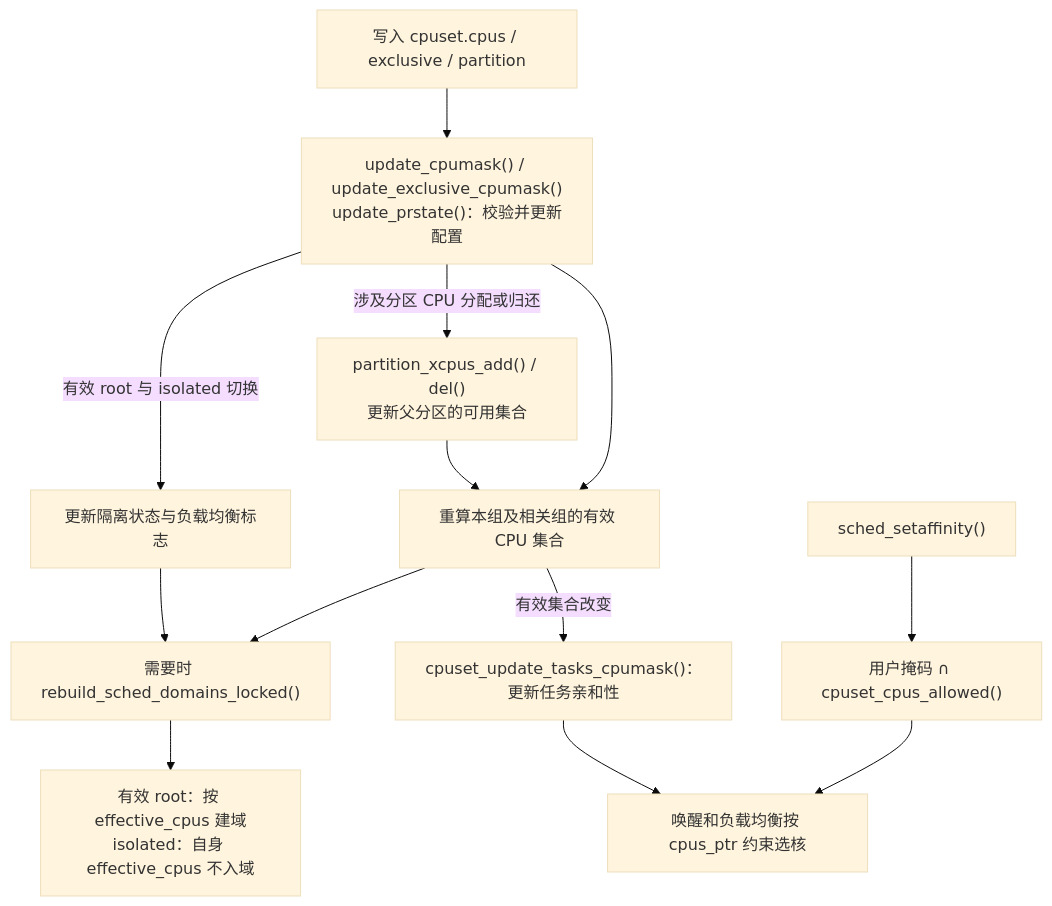
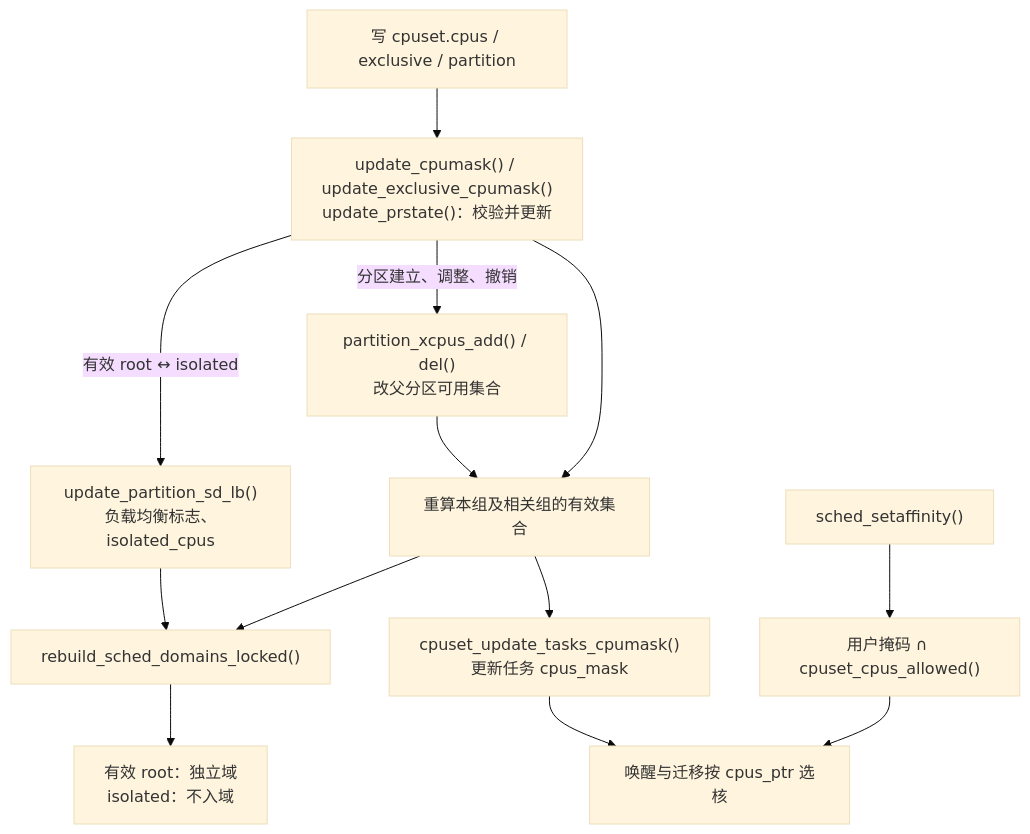
One commit to linuxperf/linux-study changed the seventh of 7 diagrams in interview/sched/cgroup2.md. Above: the diagram before and after it, drawn with Mermaid (base theme). The commit also changed other lines of this file and 4 other files, not shown here.

````diff
--- a/interview/sched/cgroup2.md
+++ b/interview/sched/cgroup2.md
@@ -2042,15 +1174,15 @@
 ```mermaid
 flowchart TD
-    CFG["写入 cpuset.cpus / exclusive / partition"] --> PR["update_cpumask() / update_exclusive_cpumask()<br/>update_prstate()：校验并更新配置"]
-    PR --> MASK["重算本组及相关组的有效 CPU 集合"]
-    PR -->|"涉及分区 CPU 分配或归还"| PARENT["partition_xcpus_add() / del()<br/>更新父分区的可用集合"]
+    CFG["写 cpuset.cpus / exclusive / partition"] --> PR["update_cpumask() / update_exclusive_cpumask()<br/>update_prstate()：校验并更新"]
+    PR --> MASK["重算本组及相关组的有效集合"]
+    PR -->|"分区建立、调整、撤销"| PARENT["partition_xcpus_add() / del()<br/>改父分区可用集合"]
     PARENT --> MASK
-    PR -->|"有效 root 与 isolated 切换"| LB["更新隔离状态与负载均衡标志"]
-    MASK -->|"有效集合改变"| TASK["cpuset_update_tasks_cpumask()：更新任务亲和性"]
-    TASK --> AFF["唤醒和负载均衡按 cpus_ptr 约束选核"]
-    MASK --> SD["需要时 rebuild_sched_domains_locked()"]
+    PR -->|"有效 root ↔ isolated"| LB["update_partition_sd_lb()<br/>负载均衡标志、isolated_cpus"]
+    MASK --> TASK["cpuset_update_tasks_cpumask()<br/>更新任务 cpus_mask"]
+    TASK --> AFF["唤醒与迁移按 cpus_ptr 选核"]
+    MASK --> SD["rebuild_sched_domains_locked()"]
     LB --> SD
-    SD --> DOM["有效 root：按 effective_cpus 建域<br/>isolated：自身 effective_cpus 不入域"]
+    SD --> DOM["有效 root：独立域<br/>isolated：不入域"]
     USER["sched_setaffinity()"] --> AND["用户掩码 ∩ cpuset_cpus_allowed()"]
     AND --> AFF
 ```
````
